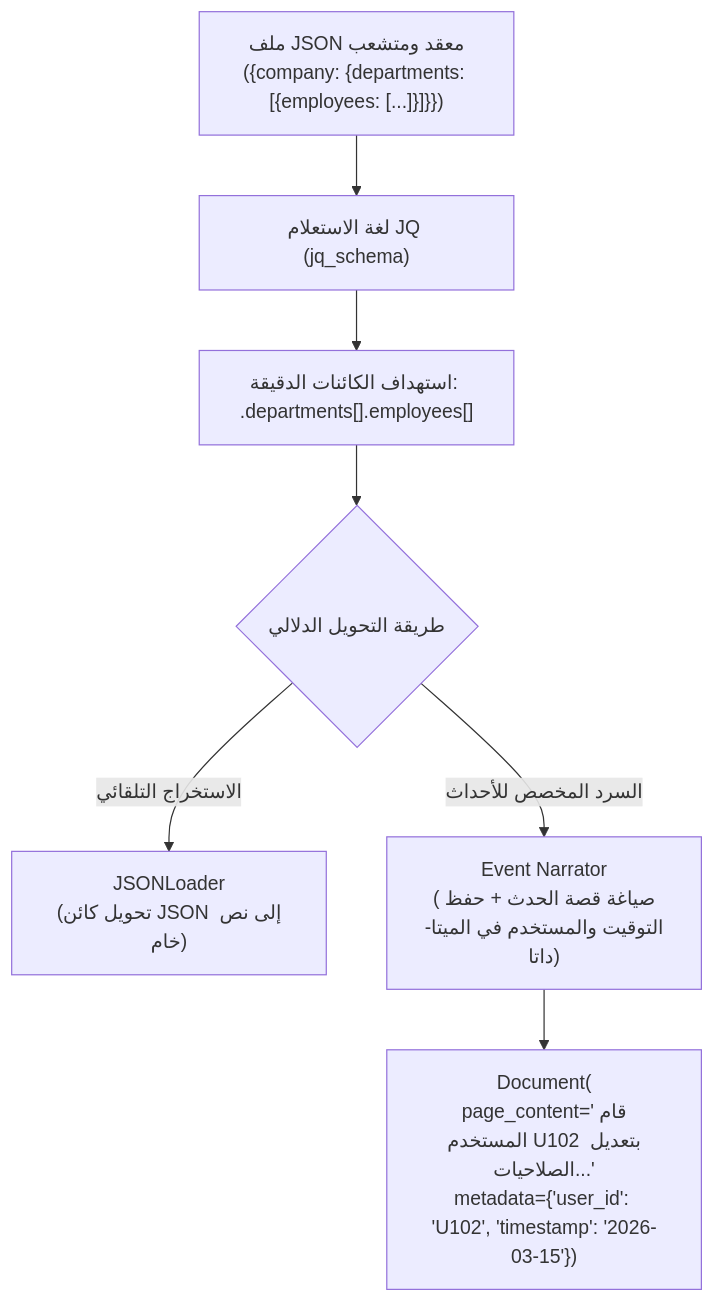
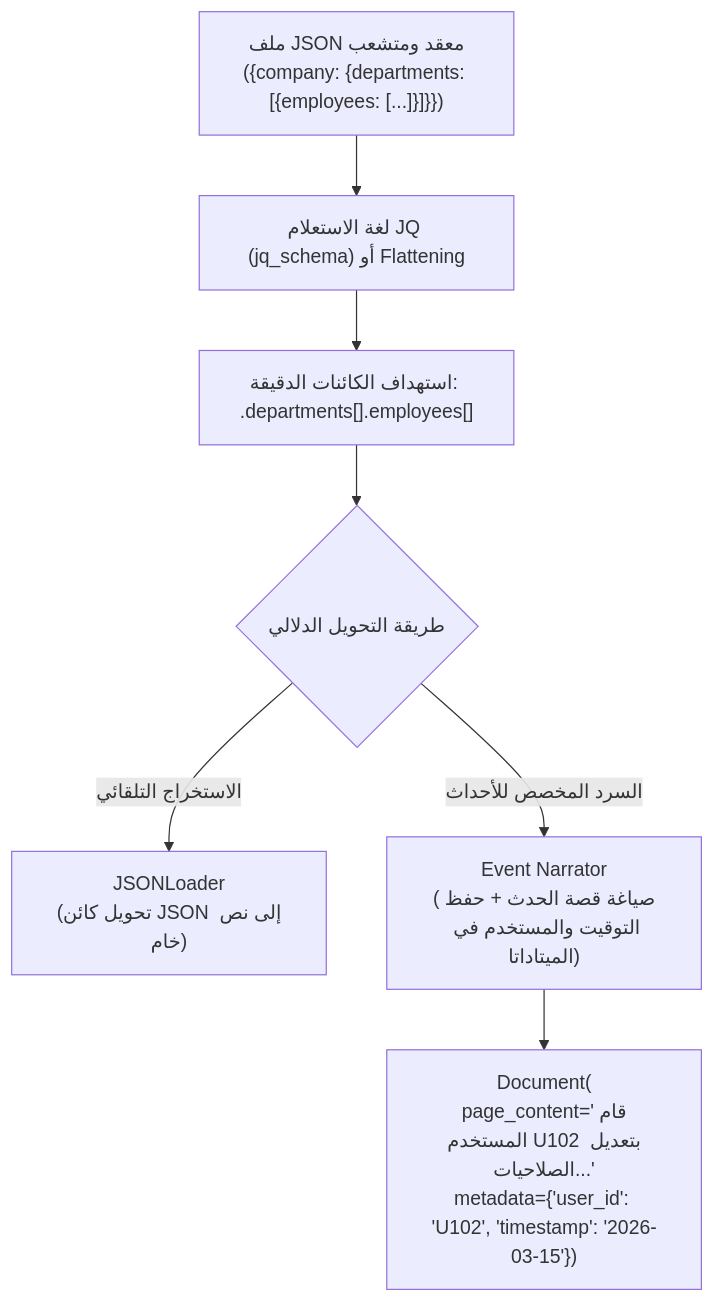
Before and after one commit to ali-abofouda/RAG-Mastery: the diagram in docs/01-ingestion/09-json-processing.md, drawn with Mermaid. The commit also changed other lines of this file and 10 other files, not shown here.

````diff
--- a/docs/01-ingestion/09-json-processing.md
+++ b/docs/01-ingestion/09-json-processing.md
@@ -9,14 +10,14 @@
 ```mermaid
 flowchart TD
     RawJSON["ملف JSON معقد ومتشعب<br/>({company: {departments: [{employees: [...]}]}})"]
     
-    RawJSON --> JQ["لغة الاستعلام JQ (jq_schema)"]
+    RawJSON --> JQ["لغة الاستعلام JQ (jq_schema) أو Flattening"]
     JQ --> Target["استهداف الكائنات الدقيقة: .departments[].employees[]"]
     
     Target --> Transform{"طريقة التحويل الدلالي"}
     
     Transform -- "الاستخراج التلقائي" --> AutoDoc["JSONLoader<br/>(تحويل كائن JSON إلى نص خام)"]
-    Transform -- "السرد المخصص للأحداث" --> Narrative["Event Narrator<br/>(صياغة قصة الحدث + حفظ التوقيت والمستخدم في الميتا-داتا)"]
+    Transform -- "السرد المخصص للأحداث" --> Narrative["Event Narrator<br/>(صياغة قصة الحدث + حفظ التوقيت والمستخدم في الميتاداتا)"]
     
     Narrative --> FinalDoc["Document(<br/>page_content='قام المستخدم U102 بتعديل الصلاحيات...'<br/>metadata={'user_id': 'U102', 'timestamp': '2026-03-15'})"]
 ```
````
